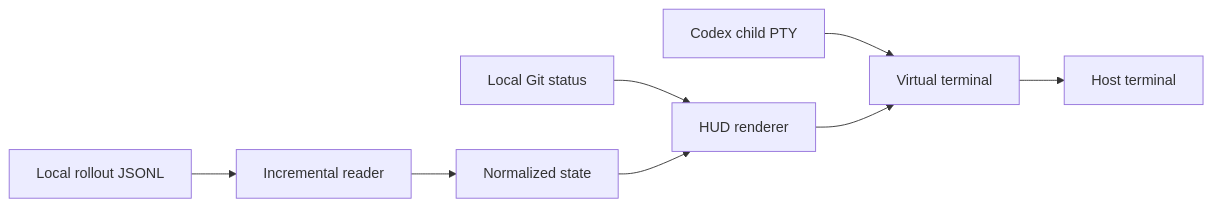
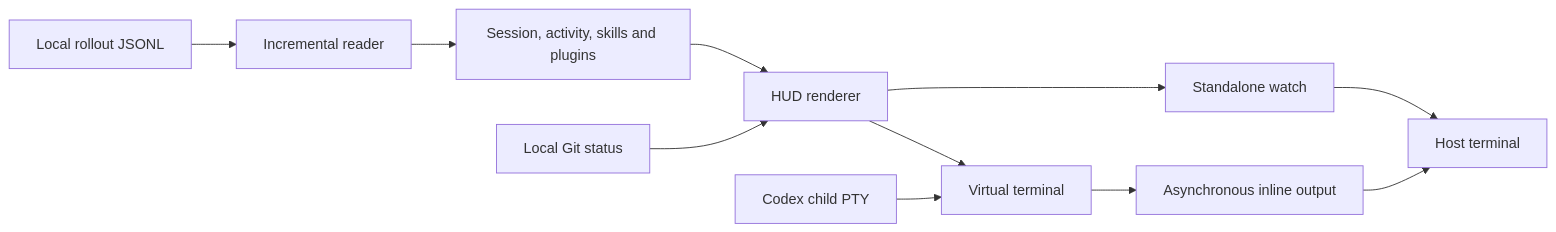
One commit to whchoi98/my-codex-hud changed the first of 2 diagrams in docs/architecture.md. Above: the diagram before and after it, drawn with Mermaid. The commit also changed other lines of this file and 36 other files, not shown here.

````diff
--- a/docs/architecture.md
+++ b/docs/architecture.md
@@ -25,10 +33,13 @@
 ```mermaid
 flowchart LR
   Rollout[Local rollout JSONL] --> Reader[Incremental reader]
-  Reader --> State[Normalized state]
+  Reader --> State[Session, activity, skills and plugins]
   Git[Local Git status] --> Render[HUD renderer]
   State --> Render
   Codex[Codex child PTY] --> Screen[Virtual terminal]
   Render --> Screen
-  Screen --> Host[Host terminal]
+  Screen --> Output[Asynchronous inline output]
+  Render --> Watch[Standalone watch]
+  Watch --> Host[Host terminal]
+  Output --> Host
 ```
````
